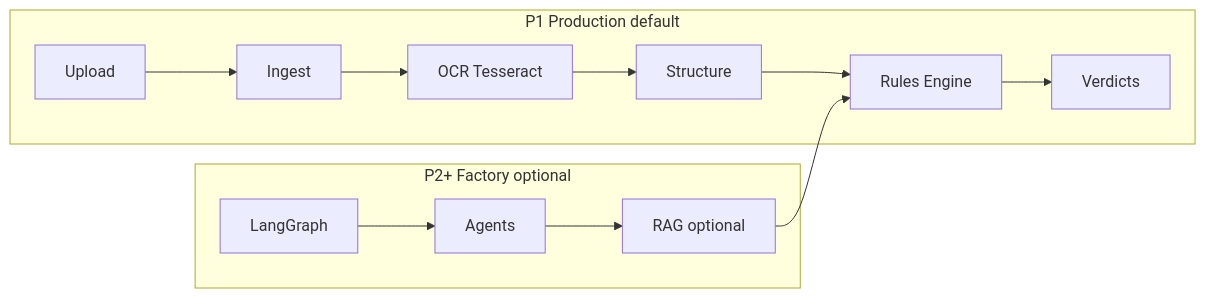
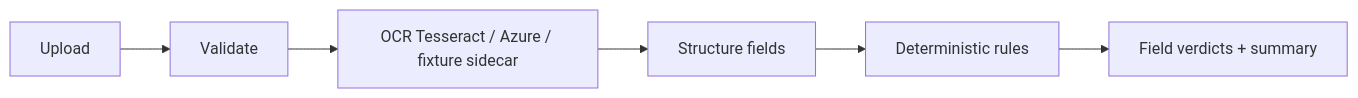
Before and after one commit to monigarr/instructions: the second of 2 diagrams in README.md, drawn with Mermaid. The commit also changed other lines of this file and 28 other files, not shown here.

````diff
--- a/README.md
+++ b/README.md
@@ -20,9 +50,4 @@
 ```mermaid
 flowchart LR
-  subgraph P1["P1 Production default"]
-    A[Upload] --> B[Ingest] --> C[OCR Tesseract] --> D[Structure] --> E[Rules Engine] --> F[Verdicts]
-  end
-  subgraph P2["P2+ Factory optional"]
-    G[LangGraph] --> H[Agents] --> I[RAG optional] --> E
-  end
+  A[Upload] --> B[Validate] --> C[OCR Tesseract / Azure / fixture sidecar] --> D[Structure fields] --> E[Deterministic rules] --> F[Field verdicts + summary]
 ```
````
